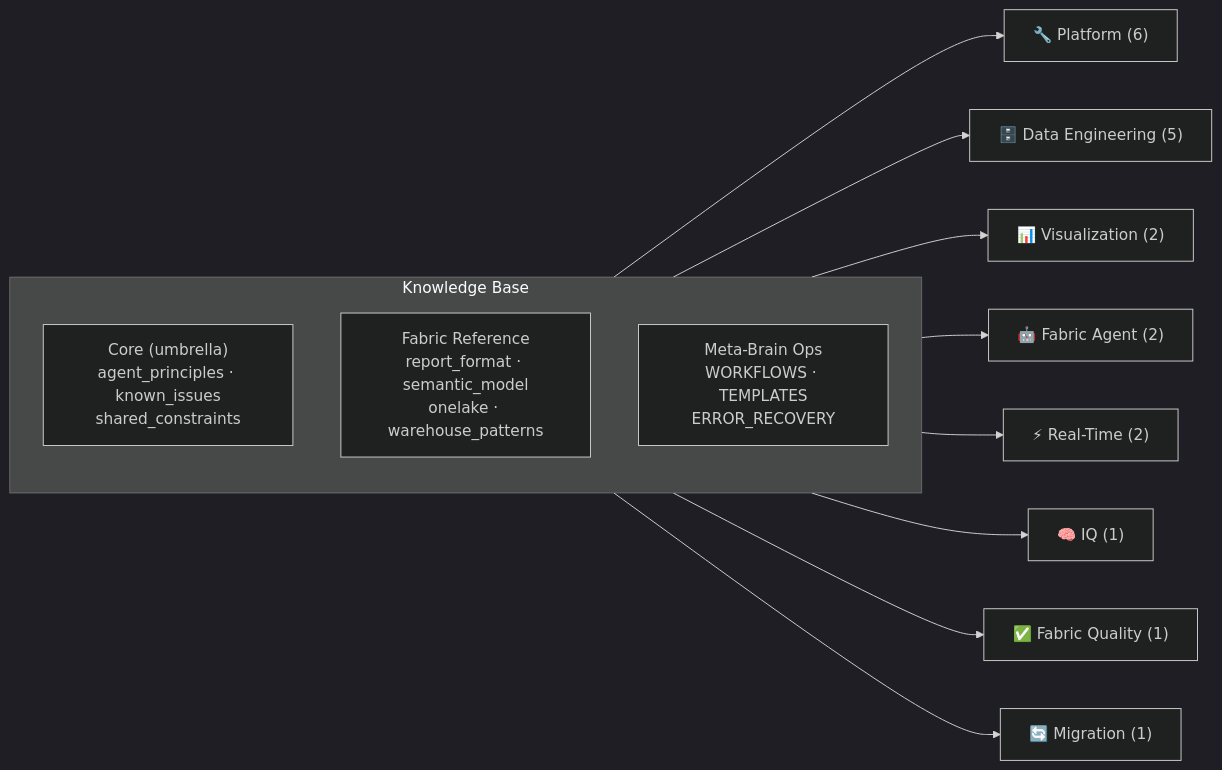
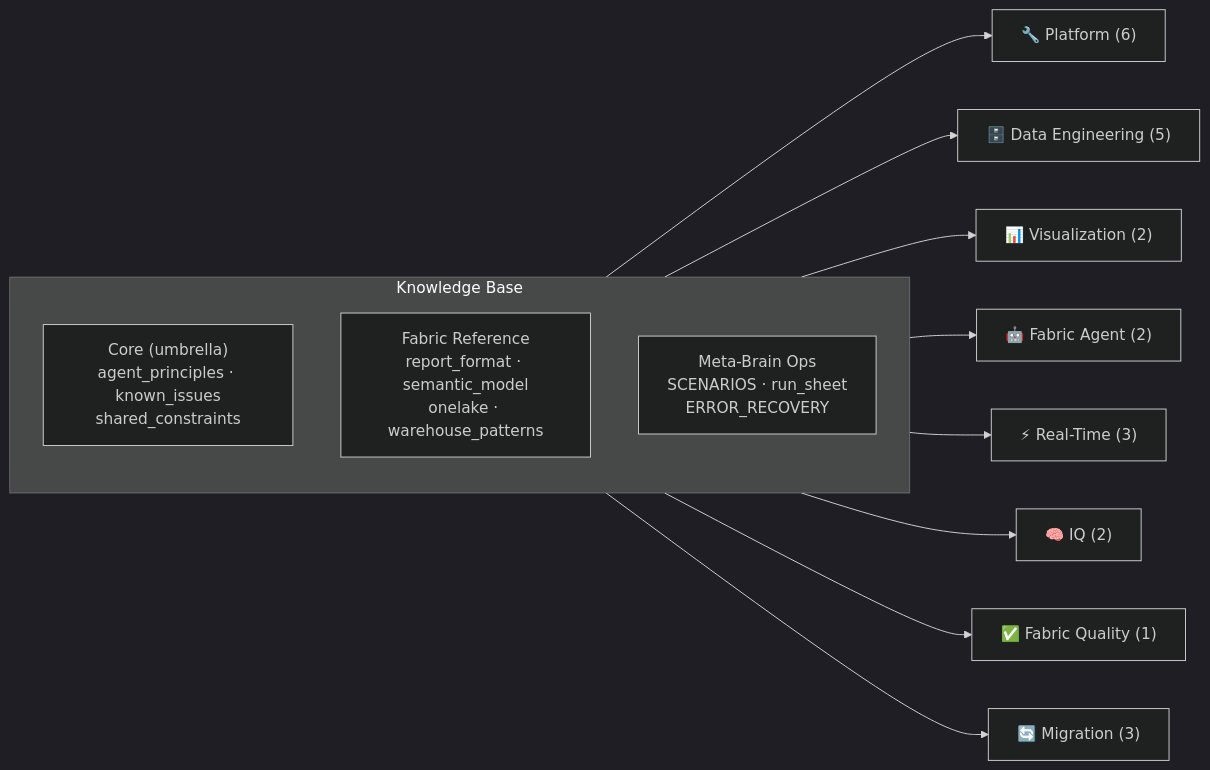
One commit to Statyx/Azure-Brain changed the diagram in Fabric-Brain/README.md. Above: the diagram before and after it, drawn with Mermaid (dark theme). The commit also changed other lines of this file and 19 other files, not shown here.

````diff
--- a/Fabric-Brain/README.md
+++ b/Fabric-Brain/README.md
@@ -181,18 +194,18 @@
 ```mermaid
 graph LR
     subgraph KB["Knowledge Base"]
         direction TB
         Core["Core (umbrella)<br/>agent_principles · known_issues<br/>shared_constraints"]
         Ref["Fabric Reference<br/>report_format · semantic_model<br/>onelake · warehouse_patterns"]
-        Ops["Meta-Brain Ops<br/>WORKFLOWS · TEMPLATES<br/>ERROR_RECOVERY"]
+        Ops["Meta-Brain Ops<br/>SCENARIOS · run_sheet<br/>ERROR_RECOVERY"]
     end
 
     KB --> PL["🔧 Platform (6)"]
     KB --> DE["🗄️ Data Engineering (5)"]
     KB --> VIZ["📊 Visualization (2)"]
     KB --> FA["🤖 Fabric Agent (2)"]
-    KB --> RT["⚡ Real-Time (2)"]
-    KB --> IQ["🧠 IQ (1)"]
+    KB --> RT["⚡ Real-Time (3)"]
+    KB --> IQ["🧠 IQ (2)"]
     KB --> QA["✅ Fabric Quality (1)"]
-    KB --> MIG["🔄 Migration (1)"]
+    KB --> MIG["🔄 Migration (3)"]
 ```
````
